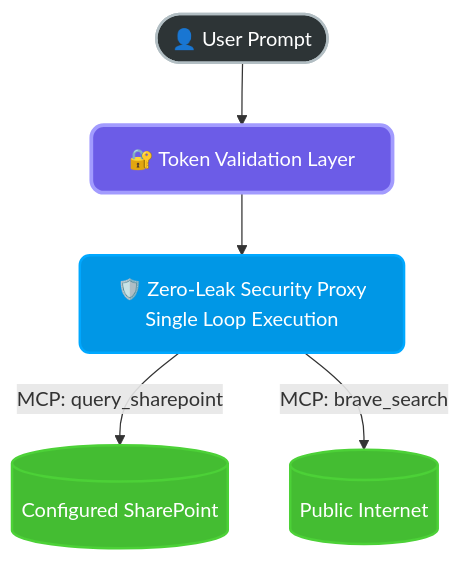
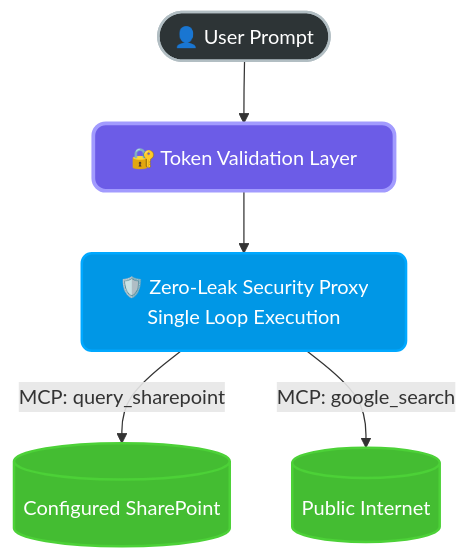
One commit to jchavezar/vertex-ai-samples changed the first of 2 diagrams in antigravity/internal_components_portal_remote/backend/agents/README.md. Above: the diagram before and after it, drawn with Mermaid.

Commit message:
docs: Update brave_search to google_search in internal portal README

````diff
--- a/antigravity/internal_components_portal_remote/backend/agents/README.md
+++ b/antigravity/internal_components_portal_remote/backend/agents/README.md
@@ -31,18 +31,18 @@
 ```mermaid
 graph TD
     classDef user fill:#2d3436,stroke:#b2bec3,stroke-width:2px,color:#fff,rx:15,ry:15;
     classDef auth fill:#6c5ce7,stroke:#a29bfe,stroke-width:3px,color:#fff,rx:10,ry:10;
     classDef proxy fill:#0097e6,stroke:#00a8ff,stroke-width:2px,color:#fff,rx:8,ry:8;
     classDef db fill:#44bd32,stroke:#4cd137,stroke-width:2px,color:#fff,shape:cylinder;
 
     User([👤 User Prompt]):::user --> Auth[🔐 Token Validation Layer]:::auth
     Auth --> Proxy[🛡️ Zero-Leak Security Proxy \n Single Loop Execution]:::proxy
 
     Proxy -- "MCP: query_sharepoint" --> SP[(Configured SharePoint)]:::db
-    Proxy -- "MCP: brave_search" --> Web[(Public Internet)]:::db
+    Proxy -- "MCP: google_search" --> Web[(Public Internet)]:::db
 
     click Auth "https://github.com/jchavezar/vertex-ai-samples/blob/main/antigravity/internal_components_portal_remote/backend/main.py" "Gateway Logic"
     click Proxy "https://github.com/jchavezar/vertex-ai-samples/blob/main/antigravity/internal_components_portal_remote/backend/agents/docs/security_proxy.md" "Zero-Leak Search Logic"
     click SP "https://github.com/jchavezar/vertex-ai-samples/blob/main/antigravity/internal_components_portal_remote/backend/mcp_service/README.md" "SharePoint Connector"
-    click Web "https://github.com/jchavezar/vertex-ai-samples/blob/main/antigravity/internal_components_portal_remote/backend/agents/docs/public_research.md" "Public Search Logic"
+    click Web "https://github.com/jchavezar/vertex-ai-samples/blob/main/antigravity/internal_components_portal_remote/backend/agents/docs/public_research.md" "Public Google Search Logic"
 ```
````
